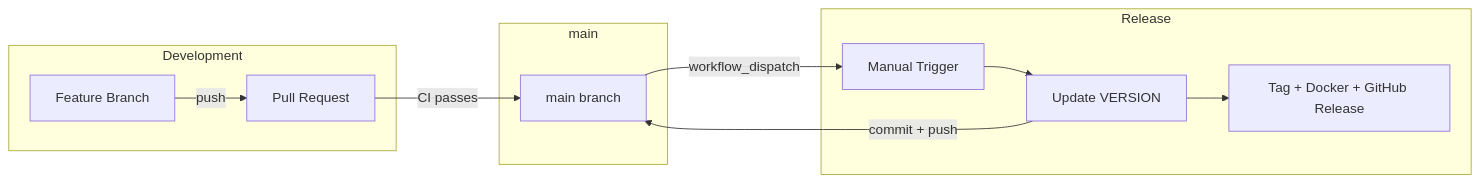
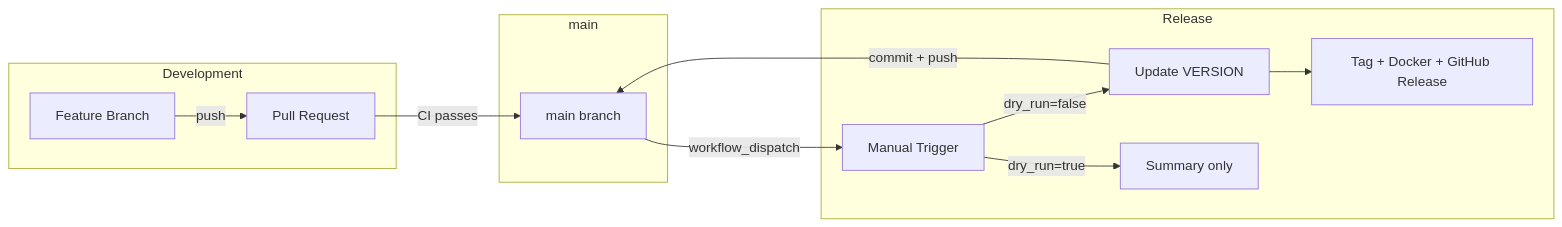
The first of 3 diagrams in docs/ci-cd.md (paolino/whisper-server), drawn with Mermaid before and after one commit. The commit also changed other lines of this file, not shown here.

Commit message:
docs: clarify dry run behavior in CI/CD overview

````diff
--- a/docs/ci-cd.md
+++ b/docs/ci-cd.md
@@ -7,24 +7,26 @@
 ```mermaid
 graph LR
     subgraph Development
         FB[Feature Branch]
         PR[Pull Request]
     end
 
     subgraph main
         M[main branch]
     end
 
     subgraph Release
         R[Manual Trigger]
         V[Update VERSION]
         D[Tag + Docker + GitHub Release]
+        S[Summary only]
     end
 
     FB -->|push| PR
     PR -->|CI passes| M
     M -->|workflow_dispatch| R
-    R --> V
+    R -->|dry_run=false| V
+    R -->|dry_run=true| S
     V -->|commit + push| M
     V --> D
 ```
````
